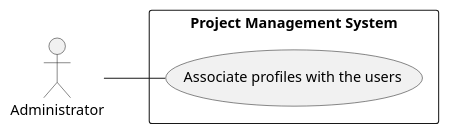
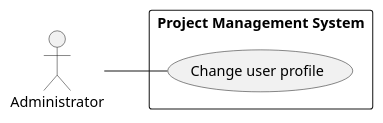
Before and after one commit to ivo-menezes/project_g3: the diagram in docs/modelling_design/user_stories/us003/US003_ChangeProfileUCD.puml, drawn with PlantUML.

Commit message:
US003 : Analysis : Editing

```diff
--- a/docs/modelling_design/user_stories/us003/US003_ChangeProfileUCD.puml
+++ b/docs/modelling_design/user_stories/us003/US003_ChangeProfileUCD.puml
@@ -1,10 +1,10 @@
 @startuml
 left to right direction
 
 "Administrator"
 
 rectangle "Project Management System"{
-Administrator -- (Associate profiles with the users)
+Administrator -- (Change user profile)
 }
 
 @enduml
```
